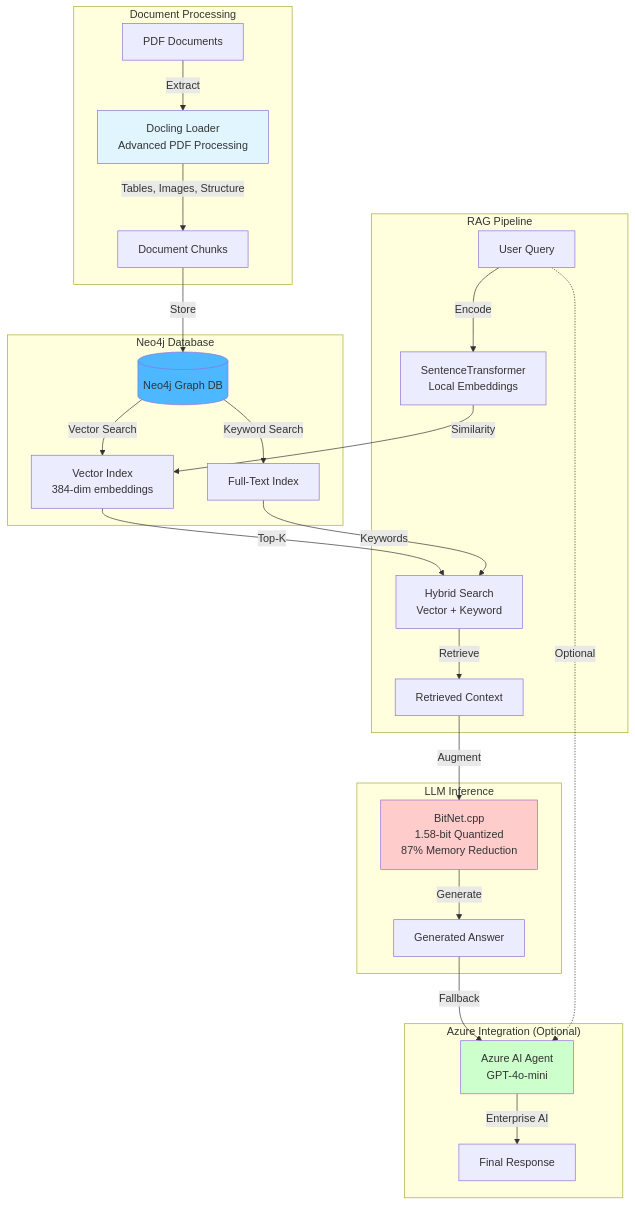
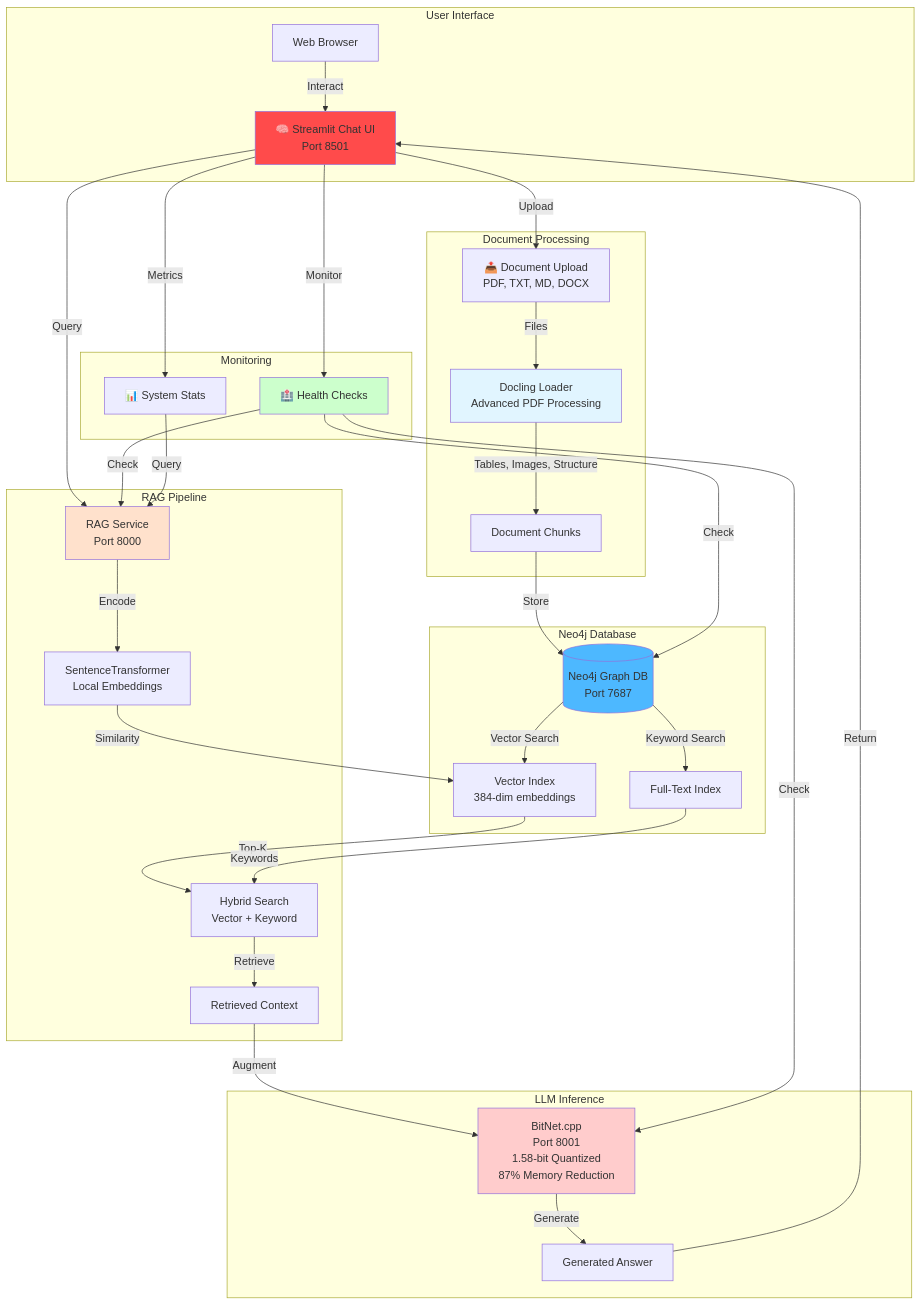
Before and after one commit to ma3u/neo4j-agentframework: the first of 2 diagrams in README.md, drawn with Mermaid. The commit also changed other lines of this file, not shown here.

First line of the commit message:
Update README: Add Streamlit UI and segregate architectures

````diff
--- a/README.md
+++ b/README.md
@@ -36,46 +38,61 @@
 ```mermaid
 graph TB
+    subgraph "User Interface"
+        StreamlitUI[🧠 Streamlit Chat UI<br/>Port 8501]
+        WebUI[Web Browser]
+        WebUI -->|Interact| StreamlitUI
+    end
+
     subgraph "Document Processing"
-        PDF[PDF Documents]
+        Upload[📤 Document Upload<br/>PDF, TXT, MD, DOCX]
         Docling[Docling Loader<br/>Advanced PDF Processing]
-        PDF -->|Extract| Docling
+        Upload -->|Files| Docling
         Docling -->|Tables, Images, Structure| Chunks[Document Chunks]
     end
 
     subgraph "Neo4j Database"
-        Neo4j[(Neo4j Graph DB)]
+        Neo4j[(Neo4j Graph DB<br/>Port 7687)]
         Chunks -->|Store| Neo4j
         Neo4j -->|Vector Search| VectorIdx[Vector Index<br/>384-dim embeddings]
         Neo4j -->|Keyword Search| FullText[Full-Text Index]
     end
 
     subgraph "RAG Pipeline"
-        Query[User Query]
+        RAGAPI[RAG Service<br/>Port 8000]
         Embed[SentenceTransformer<br/>Local Embeddings]
         Search[Hybrid Search<br/>Vector + Keyword]
-        Query -->|Encode| Embed
+
+        StreamlitUI -->|Query| RAGAPI
+        StreamlitUI -->|Upload| Upload
+        RAGAPI -->|Encode| Embed
         Embed -->|Similarity| VectorIdx
         Search -->|Retrieve| Context[Retrieved Context]
         VectorIdx -->|Top-K| Search
         FullText -->|Keywords| Search
     end
 
     subgraph "LLM Inference"
-        BitNet[BitNet.cpp<br/>1.58-bit Quantized<br/>87% Memory Reduction]
+        BitNet[BitNet.cpp<br/>Port 8001<br/>1.58-bit Quantized<br/>87% Memory Reduction]
         Context -->|Augment| BitNet
         BitNet -->|Generate| Answer[Generated Answer]
+        Answer -->|Return| StreamlitUI
     end
 
-    subgraph "Azure Integration (Optional)"
-        Agent[Azure AI Agent<br/>GPT-4o-mini]
-        Answer -->|Fallback| Agent
-        Agent -->|Enterprise AI| Response[Final Response]
+    subgraph "Monitoring"
+        Health[🏥 Health Checks]
+        Stats[📊 System Stats]
+        StreamlitUI -->|Monitor| Health
+        StreamlitUI -->|Metrics| Stats
+        Health -->|Check| Neo4j
+        Health -->|Check| RAGAPI
+        Health -->|Check| BitNet
+        Stats -->|Query| RAGAPI
     end
 
-    Query -.->|Optional| Agent
-
+    style StreamlitUI fill:#ff4b4b
     style Docling fill:#e1f5ff
     style Neo4j fill:#4db8ff
     style BitNet fill:#ffcccc
-    style Agent fill:#ccffcc
+    style Health fill:#ccffcc
+    style RAGAPI fill:#ffe1cc
 ```
````
